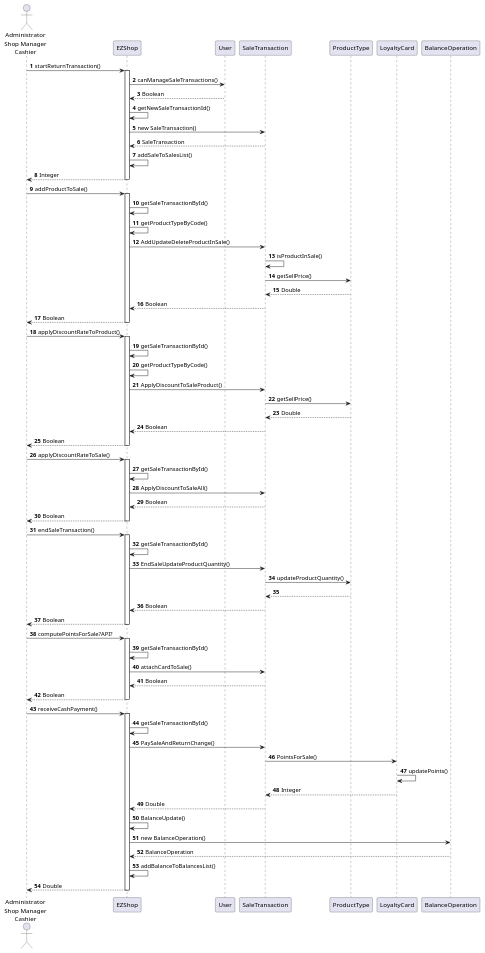
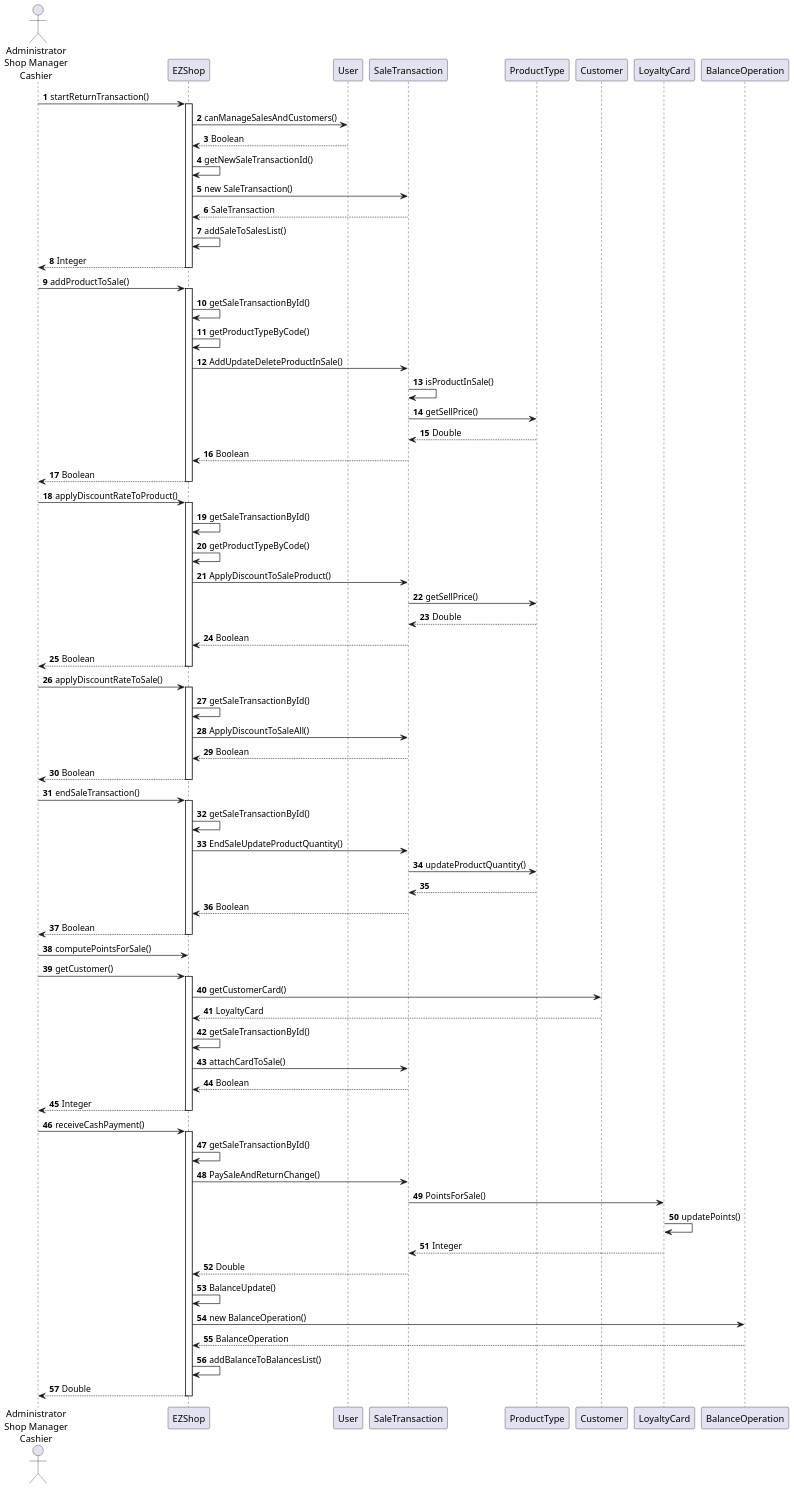
Before and after one commit to gioele-scaletta/EZShop-Software-Engineering-Project: diagram 12 of 18 in Deliverables/DesignDocument.md, drawn with PlantUML. The commit also changed other lines of this file and 1 other file, not shown here.

````diff
--- a/Deliverables/DesignDocument.md
+++ b/Deliverables/DesignDocument.md
@@ -401,12 +409,12 @@
 ```plantuml
-
+scale 1.5
 actor "Administrator\nShop Manager\nCashier" as user
 
 autonumber
 
 user -> EZShop : startReturnTransaction()
 activate  EZShop
-EZShop -> User : canManageSaleTransactions()
+EZShop -> User : canManageSalesAndCustomers()
 EZShop <-- User : Boolean
 EZShop -> EZShop : getNewSaleTransactionId()
 EZShop -> SaleTransaction : new SaleTransaction()
@@ -417,7 +425,7 @@
 
 user -> EZShop : addProductToSale()
 activate  EZShop
-'EZShop -> User : canManageSaleTransactions()
+'EZShop -> User : canManageSalesAndCustomers()
 'EZShop <-- User : Boolean
 EZShop -> EZShop : getSaleTransactionById()
 EZShop-> EZShop : getProductTypeByCode()
@@ -431,7 +439,7 @@
 
 user -> EZShop : applyDiscountRateToProduct()
 activate  EZShop
-'EZShop -> User : canManageSaleTransactions()
+'EZShop -> User : canManageSalesAndCustomers()
 'EZShop <-- User : Boolean
 EZShop -> EZShop : getSaleTransactionById()
 EZShop-> EZShop : getProductTypeByCode()
@@ -444,7 +452,7 @@
 
 user -> EZShop : applyDiscountRateToSale()
 activate  EZShop
-'EZShop -> User : canManageSaleTransactions()
+'EZShop -> User : canManageSalesAndCustomers()
 'EZShop <-- User : Boolean
 EZShop -> EZShop : getSaleTransactionById()
 EZShop -> SaleTransaction : ApplyDiscountToSaleAll()
@@ -454,7 +462,7 @@
 
 user -> EZShop : endSaleTransaction()
 activate  EZShop
-'EZShop -> User : canManageSaleTransactions()
+'EZShop -> User : canManageSalesAndCustomers()
 'EZShop <-- User : Boolean
 EZShop -> EZShop : getSaleTransactionById()
 EZShop -> SaleTransaction : EndSaleUpdateProductQuantity()
@@ -464,20 +472,23 @@
 user <-- EZShop : Boolean
 deactivate EZShop
 
-user -> EZShop : computePointsForSale?API?
+user -> EZShop : computePointsForSale()
+user -> EZShop : getCustomer()
 activate  EZShop
-'EZShop -> User : canManageSaleTransactions()
+'EZShop -> User : canManageSalesAndCustomers()
 'EZShop <-- User : Boolean
+EZShop -> Customer: getCustomerCard()
+EZShop <-- Customer: LoyaltyCard
 EZShop -> EZShop : getSaleTransactionById()
 EZShop -> SaleTransaction : attachCardToSale()
 EZShop <-- SaleTransaction : Boolean
-user <-- EZShop : Boolean
+user <-- EZShop : Integer
 deactivate EZShop
 
 
 user -> EZShop : receiveCashPayment()
 activate  EZShop
-'EZShop -> User : canManageSaleTransactions()
+'EZShop -> User : canManageSalesAndCustomers()
 'EZShop <-- User : Boolean
 EZShop -> EZShop : getSaleTransactionById()
 EZShop -> SaleTransaction : PaySaleAndReturnChange()
````
